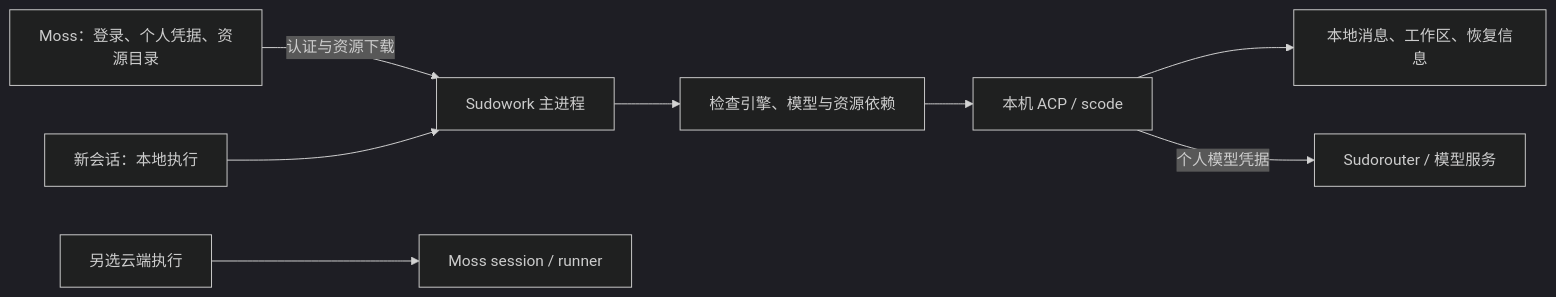
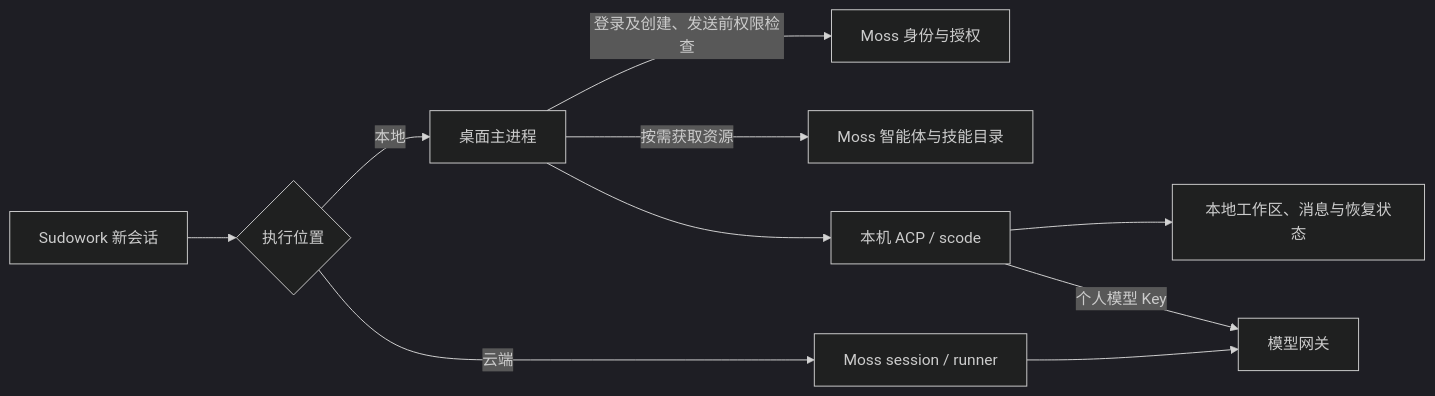
Before and after one commit to sudoprivacy/sudowork: the diagram in docs/plans/2026-09-22-moss-managed-local-execution-analysis.md, drawn with Mermaid (dark theme). The commit also changed other lines of this file and 1 other file, not shown here.

````diff
--- a/docs/plans/2026-09-22-moss-managed-local-execution-analysis.md
+++ b/docs/plans/2026-09-22-moss-managed-local-execution-analysis.md
@@ -89,10 +25,12 @@
 ```mermaid
 flowchart LR
-  M[Moss：登录、个人凭据、资源目录] -->|认证与资源下载| P[Sudowork 主进程]
-  U[新会话：本地执行] --> P
-  P --> R[检查引擎、模型与资源依赖]
-  R --> A[本机 ACP / scode]
-  A --> D[本地消息、工作区、恢复信息]
-  A -->|个人模型凭据| G[Sudorouter / 模型服务]
-  C[另选云端执行] --> S[Moss session / runner]
+  U[Sudowork 新会话] --> T{执行位置}
+  T -->|本地| P[桌面主进程]
+  P -->|登录及创建、发送前权限检查| M[Moss 身份与授权]
+  P -->|按需获取资源| R[Moss 智能体与技能目录]
+  P --> A[本机 ACP / scode]
+  A --> D[本地工作区、消息与恢复状态]
+  A -->|个人模型 Key| G[模型网关]
+  T -->|云端| C[Moss session / runner]
+  C --> G
 ```
````
